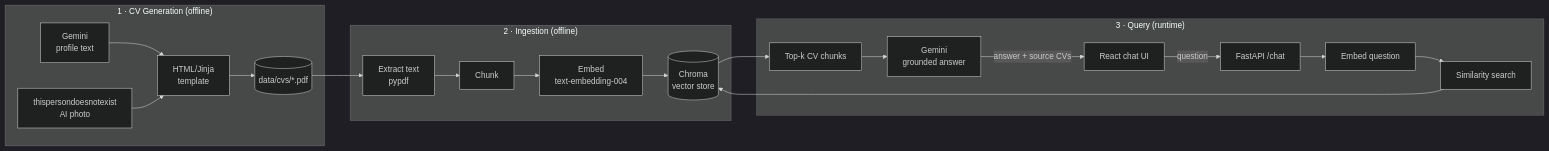
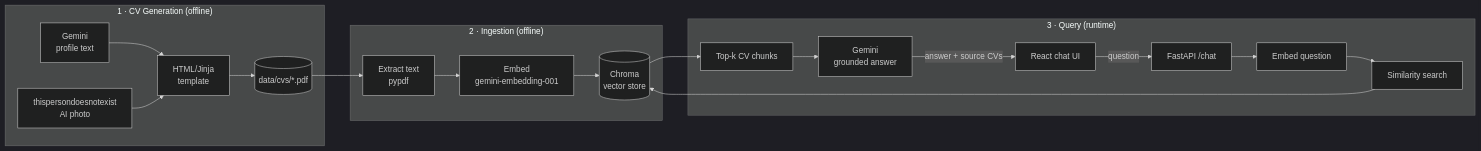
The diagram in README.md (wmamedio/ai-cv-screener), drawn with Mermaid (dark theme) before and after one commit. The commit also changed other lines of this file and 14 other files, not shown here.

````diff
--- a/README.md
+++ b/README.md
@@ -16,19 +16,19 @@
 ```mermaid
 flowchart LR
     subgraph gen["1 · CV Generation (offline)"]
         G1[Gemini<br/>profile text] --> G3[HTML/Jinja<br/>template]
         G2[thispersondoesnotexist<br/>AI photo] --> G3
         G3 --> PDF[(data/cvs/*.pdf)]
     end
 
     subgraph ingest["2 · Ingestion (offline)"]
-        PDF --> EX[Extract text<br/>pypdf] --> CH[Chunk] --> EM[Embed<br/>text-embedding-004] --> VDB[(Chroma<br/>vector store)]
+        PDF --> EX[Extract text<br/>pypdf] --> EM[Embed<br/>gemini-embedding-001] --> VDB[(Chroma<br/>vector store)]
     end
 
     subgraph serve["3 · Query (runtime)"]
         UI[React chat UI] -->|question| API[FastAPI /chat]
         API --> QE[Embed question] --> RET[Similarity search] --> VDB
         VDB --> CTX[Top-k CV chunks] --> LLM[Gemini<br/>grounded answer]
         LLM -->|answer + source CVs| UI
     end
 ```
````
